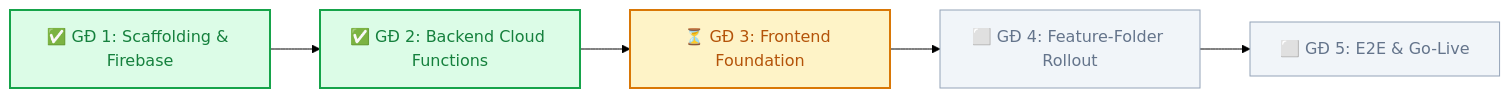
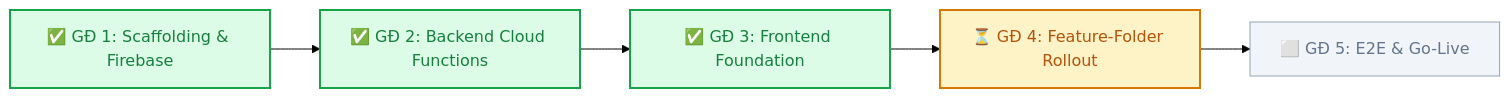
One commit to khoavudl/ContractReview_firestore changed the diagram in PROGRESS.md. Above: the diagram before and after it, drawn with Mermaid (forest theme). The commit also changed other lines of this file and 20 other files, not shown here.

````diff
--- a/PROGRESS.md
+++ b/PROGRESS.md
@@ -26,15 +26,15 @@
 ```mermaid
 flowchart LR
     G1["✅ GĐ 1: Scaffolding & Firebase"] --> G2["✅ GĐ 2: Backend Cloud Functions"]
-    G2 --> G3["⏳ GĐ 3: Frontend Foundation"]
-    G3 --> G4["⬜ GĐ 4: Feature-Folder Rollout"]
+    G2 --> G3["✅ GĐ 3: Frontend Foundation"]
+    G3 --> G4["⏳ GĐ 4: Feature-Folder Rollout"]
     G4 --> G5["⬜ GĐ 5: E2E & Go-Live"]
 
     classDef done fill:#dcfce7,stroke:#16a34a,stroke-width:2px,color:#15803d;
     classDef current fill:#fef3c7,stroke:#d97706,stroke-width:2px,color:#b45309;
     classDef pending fill:#f1f5f9,stroke:#94a3b8,stroke-width:1px,color:#64748b;
 
-    class G1,G2 done;
-    class G3 current;
-    class G4,G5 pending;
+    class G1,G2,G3 done;
+    class G4 current;
+    class G5 pending;
 ```
````
